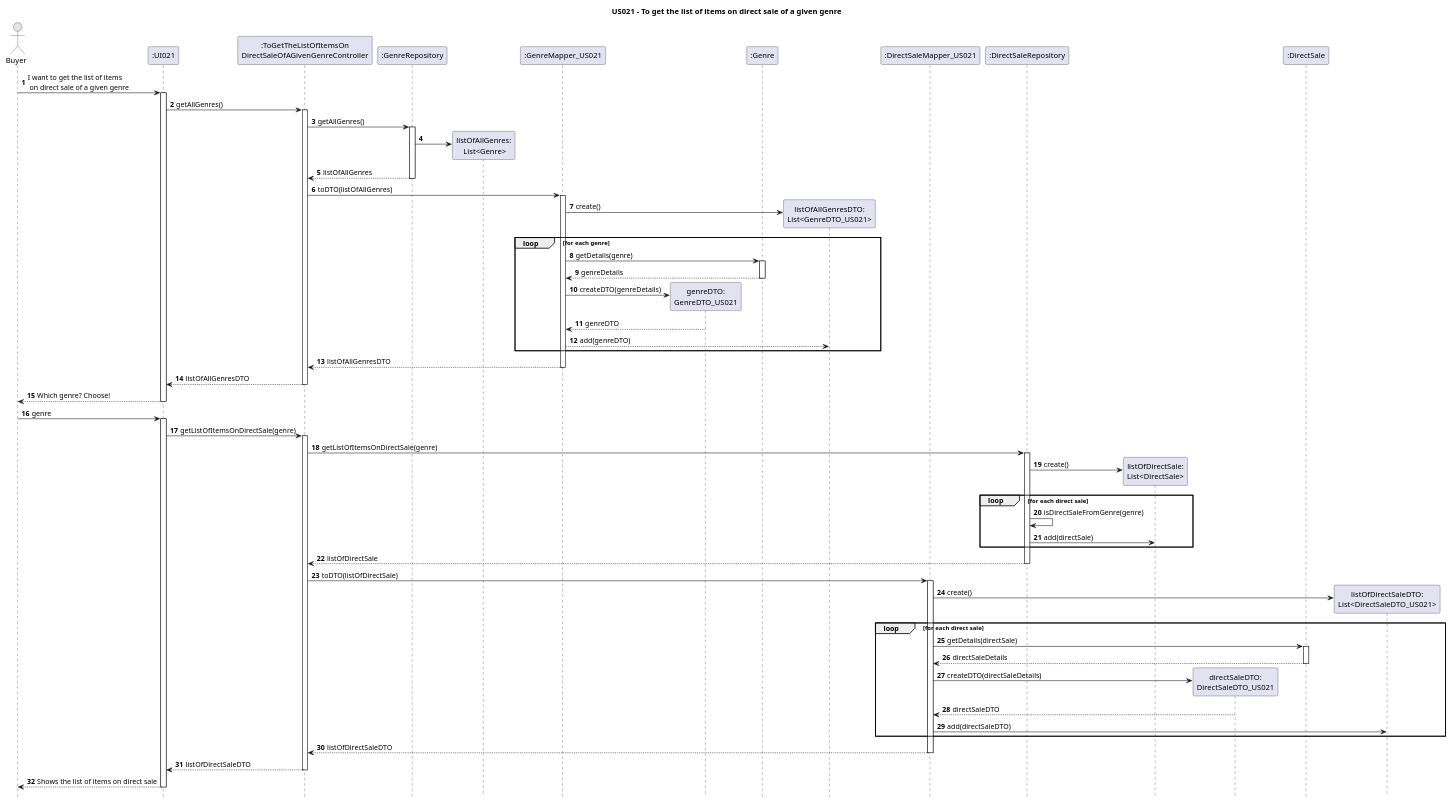
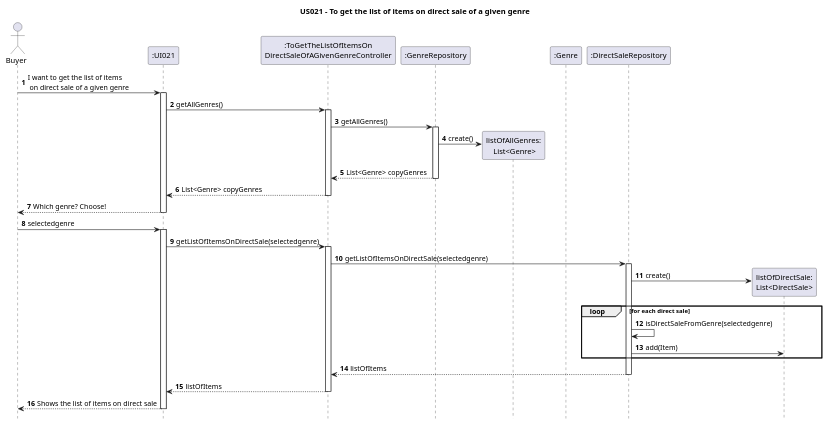
The diagram in Diagrams/SequenceDiagrams/N2/US021-to-get-the-list-of-items-on-direct-sale-of-a-given-genre.puml (AndrePereiraGitH/SWitCH-Project-Team_A), drawn with PlantUML before and after one commit. The commit also changed 7 other files, not shown here.

```diff
--- a/Diagrams/SequenceDiagrams/N2/US021-to-get-the-list-of-items-on-direct-sale-of-a-given-genre.puml
+++ b/Diagrams/SequenceDiagrams/N2/US021-to-get-the-list-of-items-on-direct-sale-of-a-given-genre.puml
@@ -1,89 +1,114 @@
 @startuml
 hide footbox
 autonumber
 title US021 - To get the list of items on direct sale of a given genre
 
 actor Buyer
 
 ' Participants
 participant ":UI021" as UI
 participant ":ToGetTheListOfItemsOn\nDirectSaleOfAGivenGenreController" as Ctrl
 participant ":GenreRepository" as GenreRepo
 participant "listOfAllGenres:\n List<Genre>" as ListGenre
-participant ":GenreMapper_US021" as GenreMapper
-participant "genreDTO:\nGenreDTO_US021" as GenreDTO
+'participant ":GenreMapper_US021" as GenreMapper
+'participant "genreDTO:\nGenreDTO_US021" as GenreDTO
 participant ":Genre" as Genre
-participant "listOfAllGenresDTO:\nList<GenreDTO_US021>" as ListGenreDTO
-participant ":DirectSaleMapper_US021" as DSMapper
+'participant "listOfAllGenresDTO:\nList<GenreDTO_US021>" as ListGenreDTO
+'participant ":DirectSaleMapper_US021" as DSMapper
 participant ":DirectSaleRepository" as DirectSaleRepo
 participant "listOfDirectSale:\nList<DirectSale>" as ListDS
-participant "directSaleDTO:\nDirectSaleDTO_US021" as DSDTO
-participant ":DirectSale" as DS
-participant "listOfDirectSaleDTO:\nList<DirectSaleDTO_US021>" as ListDSDTO
+'participant "directSaleDTO:\nDirectSaleDTO_US021" as DSDTO
+'participant ":DirectSale" as DS
+'participant "listOfDirectSaleDTO:\nList<DirectSaleDTO_US021>" as ListDSDTO
 
 
 ' Interactions
 
 ' Section 1 - Get all genres
 Buyer -> UI : I want to get the list of items\n on direct sale of a given genre
 activate UI
 UI -> Ctrl : getAllGenres()
 activate Ctrl
 Ctrl -> GenreRepo: getAllGenres()
 activate GenreRepo
-GenreRepo -> ListGenre **
-GenreRepo --> Ctrl: listOfAllGenres
+GenreRepo -> ListGenre ** : create()
+'GenreRepo --> Ctrl: listOfAllGenres
+'deactivate GenreRepo
+
+
+GenreRepo --> Ctrl: List<Genre> copyGenres
 deactivate GenreRepo
-Ctrl -> GenreMapper: toDTO(listOfAllGenres)
-activate GenreMapper
-GenreMapper -> ListGenreDTO ** : create()
-loop for each genre
-    GenreMapper -> Genre: getDetails(genre)
-    activate Genre
-    Genre --> GenreMapper: genreDetails
-    deactivate Genre
-        GenreMapper -> GenreDTO ** : createDTO(genreDetails)
-    GenreDTO --> GenreMapper: genreDTO
-    GenreMapper --> ListGenreDTO: add(genreDTO)
-end
-GenreMapper --> Ctrl: listOfAllGenresDTO
-deactivate GenreMapper
-Ctrl --> UI : listOfAllGenresDTO
+
+'Ctrl -> GenreMapper: toDTO(listOfAllGenres)
+'activate GenreMapper
+'GenreMapper -> ListGenreDTO ** : create()
+'loop for each genre
+'    GenreMapper -> Genre: getDetails(genre)
+'    activate Genre
+'    Genre --> GenreMapper: genreDetails
+'    deactivate Genre
+'        GenreMapper -> GenreDTO ** : createDTO(genreDetails)
+'    GenreDTO --> GenreMapper: genreDTO
+'    GenreMapper --> ListGenreDTO: add(genreDTO)
+'end
+'GenreMapper --> Ctrl: listOfAllGenresDTO
+'deactivate GenreMapper
+'Ctrl --> UI : listOfAllGenresDTO
+'deactivate Ctrl
+'Buyer <-- UI : Which genre? Choose!
+'deactivate UI
+
+
+
+Ctrl --> UI : List<Genre> copyGenres
 deactivate Ctrl
 Buyer <-- UI : Which genre? Choose!
 deactivate UI
 
+
 ' Section 2 - Get list of direct sales with the genre chosen
-Buyer -> UI : genre
+Buyer -> UI : selectedgenre
 activate UI
-UI -> Ctrl : getListOfItemsOnDirectSale(genre)
+UI -> Ctrl : getListOfItemsOnDirectSale(selectedgenre)
 activate Ctrl
-Ctrl -> DirectSaleRepo : getListOfItemsOnDirectSale(genre)
+Ctrl -> DirectSaleRepo : getListOfItemsOnDirectSale(selectedgenre)
 activate DirectSaleRepo
 DirectSaleRepo -> ListDS ** : create()
+
 loop for each direct sale
-    DirectSaleRepo -> DirectSaleRepo : isDirectSaleFromGenre(genre)
-    DirectSaleRepo -> ListDS: add(directSale)
+    DirectSaleRepo -> DirectSaleRepo : isDirectSaleFromGenre(selectedgenre)
+    DirectSaleRepo -> ListDS: add(Item)
 end
-DirectSaleRepo --> Ctrl : listOfDirectSale
+
+'DirectSaleRepo --> Ctrl : listOfDirectSale
+'deactivate DirectSaleRepo
+
+DirectSaleRepo --> Ctrl : listOfItems
 deactivate DirectSaleRepo
-Ctrl -> DSMapper : toDTO(listOfDirectSale)
-activate DSMapper
-DSMapper -> ListDSDTO ** : create()
-loop for each direct sale
-    DSMapper -> DS: getDetails(directSale)
-    activate DS
-    DS --> DSMapper: directSaleDetails
-    deactivate DS
-    DSMapper -> DSDTO **: createDTO(directSaleDetails)
-    DSDTO --> DSMapper: directSaleDTO
-    DSMapper -> ListDSDTO : add(directSaleDTO)
-end
-DSMapper --> Ctrl : listOfDirectSaleDTO
-deactivate DSMapper
-Ctrl --> UI : listOfDirectSaleDTO
+
+
+'Ctrl -> DSMapper : toDTO(listOfDirectSale)
+'activate DSMapper
+'DSMapper -> ListDSDTO ** : create()
+'loop for each direct sale
+    'DSMapper -> DS: getDetails(directSale)
+    'activate DS
+    'DS --> DSMapper: directSaleDetails
+    'deactivate DS
+    'DSMapper -> DSDTO **: createDTO(directSaleDetails)
+    'DSDTO --> DSMapper: directSaleDTO
+    'DSMapper -> ListDSDTO : add(directSaleDTO)
+'end
+'DSMapper --> Ctrl : listOfDirectSaleDTO
+'deactivate DSMapper
+'Ctrl --> UI : listOfDirectSaleDTO
+'deactivate Ctrl
+
+Ctrl --> UI : listOfItems
 deactivate Ctrl
+
+
 UI --> Buyer : Shows the list of items on direct sale
 deactivate UI
 
 @enduml
```
